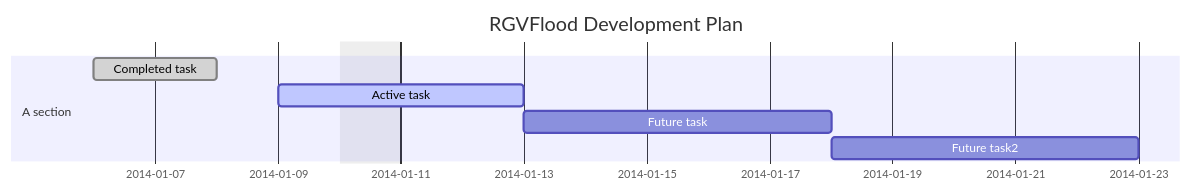
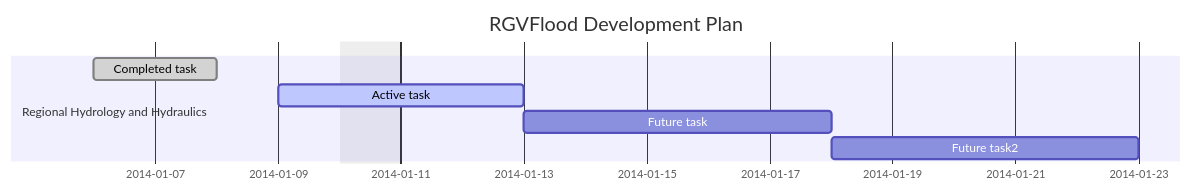
The diagram in src/development/index.rst (RATESResearch/GeoNode), drawn with Mermaid before and after one commit. The commit also changed other lines of this file, not shown here.

```diff
--- a/src/development/index.rst
+++ b/src/development/index.rst
@@ -4,12 +4,12 @@
 .. mermaid:: 
 
     gantt
     dateFormat  YYYY-MM-DD
     title RGVFlood Development Plan
     excludes weekdays 2014-01-10
 
-    section A section
+    section Regional Hydrology and Hydraulics
     Completed task            :done,    des1, 2014-01-06,2014-01-08
     Active task               :active,  des2, 2014-01-09, 3d
     Future task               :         des3, after des2, 5d
     Future task2               :         des4, after des3, 5d
```
